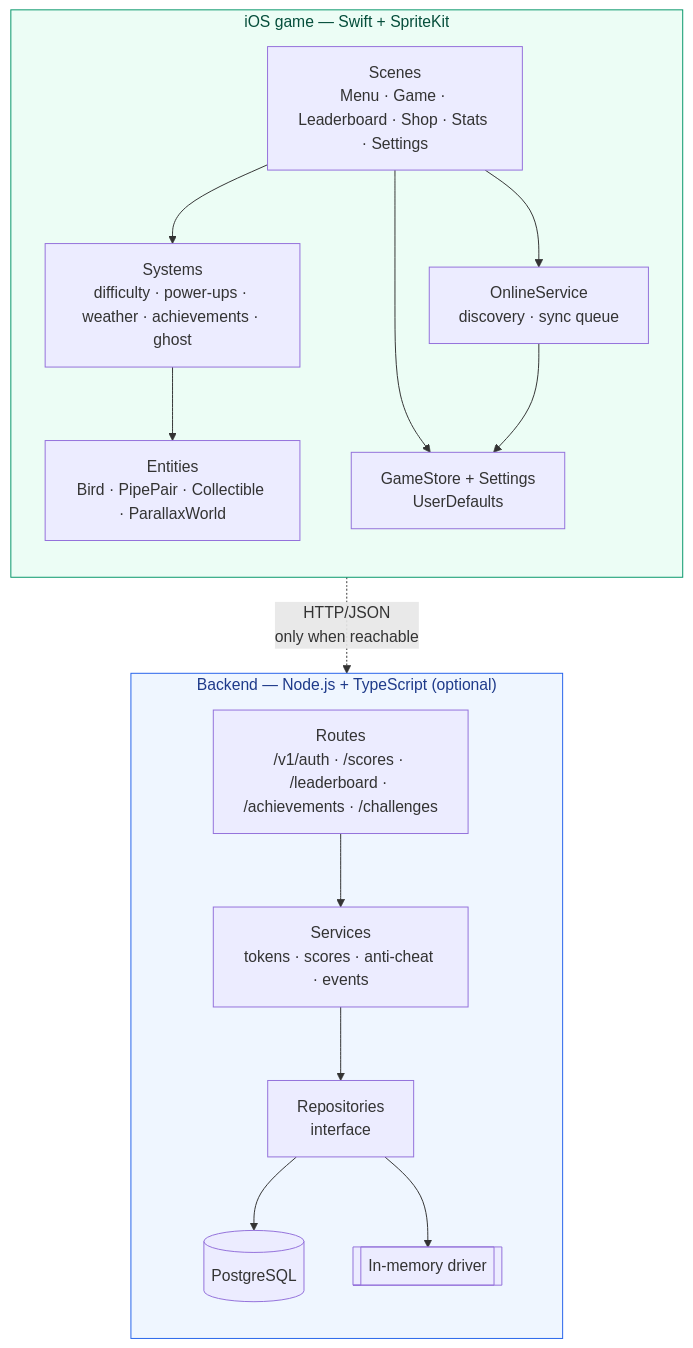
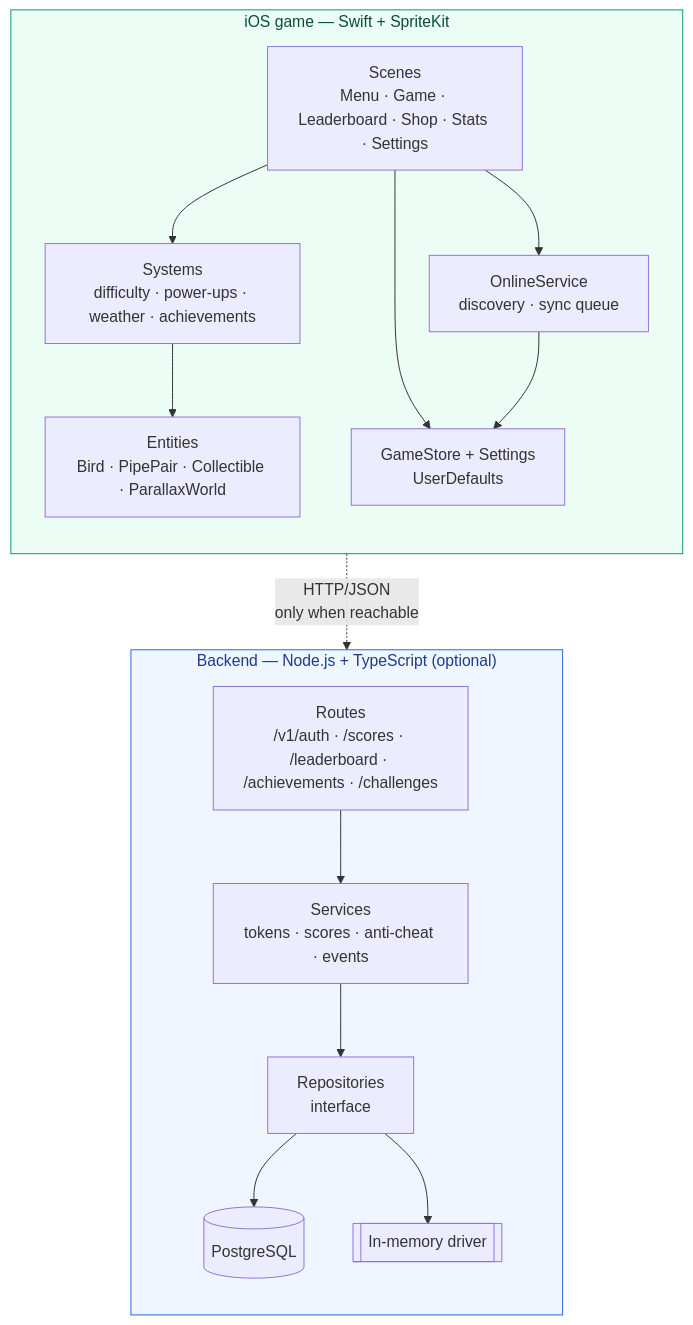
Before and after one commit to hoangsonww/Flappy-Bird-Game: the first of 4 diagrams in docs/ARCHITECTURE.md, drawn with Mermaid. The commit also changed other lines of this file and 37 other files, not shown here.

````diff
--- a/docs/ARCHITECTURE.md
+++ b/docs/ARCHITECTURE.md
@@ -7,34 +7,34 @@
 ```mermaid
 flowchart TB
     subgraph Game["iOS game — Swift + SpriteKit"]
         direction TB
         Scenes["Scenes<br/>Menu · Game · Leaderboard · Shop · Stats · Settings"]
-        Systems["Systems<br/>difficulty · power-ups · weather · achievements · ghost"]
+        Systems["Systems<br/>difficulty · power-ups · weather · achievements"]
         Entities["Entities<br/>Bird · PipePair · Collectible · ParallaxWorld"]
         Store["GameStore + Settings<br/>UserDefaults"]
         Online["OnlineService<br/>discovery · sync queue"]
 
         Scenes --> Systems --> Entities
         Scenes --> Store
         Scenes --> Online
         Online --> Store
     end
 
     subgraph Backend["Backend — Node.js + TypeScript (optional)"]
         direction TB
         Routes["Routes<br/>/v1/auth · /scores · /leaderboard · /achievements · /challenges"]
         Services["Services<br/>tokens · scores · anti-cheat · events"]
         Repos["Repositories<br/>interface"]
         PG[("PostgreSQL")]
         Mem[["In-memory driver"]]
 
         Routes --> Services --> Repos
         Repos --> PG
         Repos --> Mem
     end
 
     Online -. "HTTP/JSON<br/>only when reachable" .-> Routes
 
     style Game fill:#ecfdf5,stroke:#059669,color:#064e3b
     style Backend fill:#eff6ff,stroke:#2563eb,color:#1e3a8a
 ```
````
